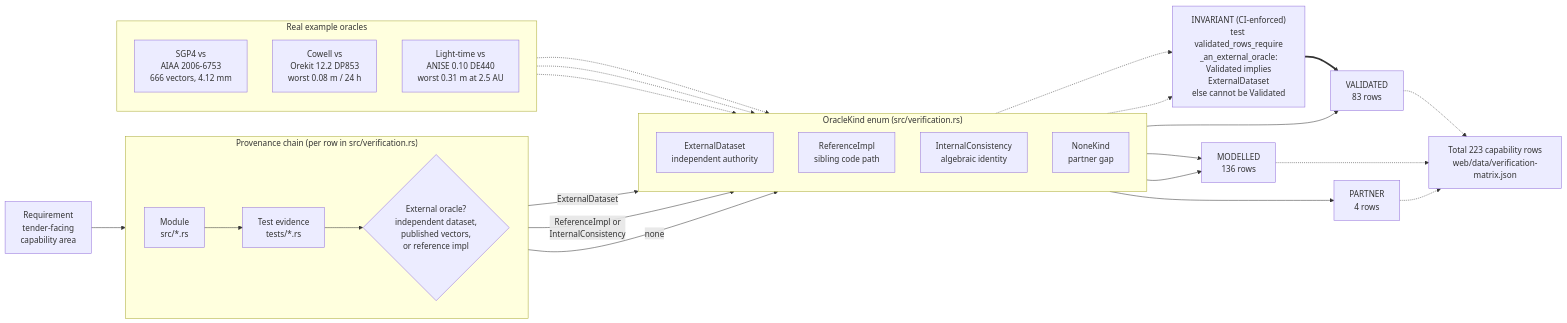
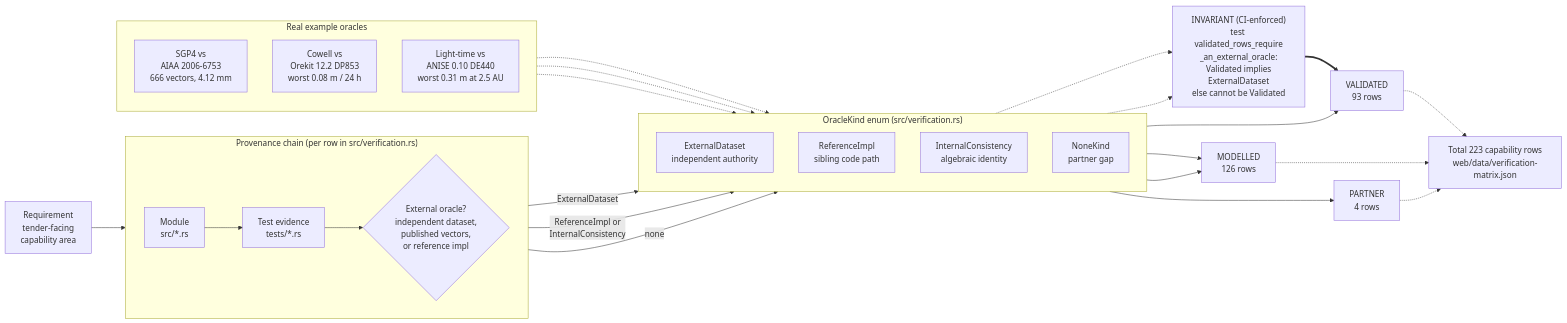
Before and after one commit to ashfordeOU/kshana: the diagram in docs/diagrams/validation-provenance.mmd, drawn with Mermaid. The commit also changed 32 other files, not shown here.

```diff
--- a/docs/diagrams/validation-provenance.mmd
+++ b/docs/diagrams/validation-provenance.mmd
@@ -1,49 +1,49 @@
 flowchart LR
     REQ["Requirement<br/>tender-facing<br/>capability area"]
 
     subgraph CHAIN["Provenance chain (per row in src/verification.rs)"]
         direction LR
         MOD["Module<br/>src/*.rs"]
         TST["Test evidence<br/>tests/*.rs"]
         ORA{"External oracle?<br/>independent dataset,<br/>published vectors,<br/>or reference impl"}
     end
 
     REQ --> MOD --> TST --> ORA
 
     subgraph KINDS["OracleKind enum (src/verification.rs)"]
         direction TD
         EXT["ExternalDataset<br/>independent authority"]
         REF["ReferenceImpl<br/>sibling code path"]
         INT["InternalConsistency<br/>algebraic identity"]
         NON["NoneKind<br/>partner gap"]
     end
 
     ORA -->|ExternalDataset| EXT
     ORA -->|"ReferenceImpl or<br/>InternalConsistency"| INT
     ORA -->|none| NON
 
     GUARD["INVARIANT (CI-enforced)<br/>test validated_rows_require<br/>_an_external_oracle:<br/>Validated implies<br/>ExternalDataset<br/>else cannot be Validated"]
     EXT -.-> GUARD
     INT -.-> GUARD
 
-    EXT --> VAL["VALIDATED<br/>83 rows"]
-    REF --> MDL["MODELLED<br/>136 rows"]
+    EXT --> VAL["VALIDATED<br/>93 rows"]
+    REF --> MDL["MODELLED<br/>126 rows"]
     INT --> MDL
     NON --> PRT["PARTNER<br/>4 rows"]
     GUARD ==> VAL
 
     subgraph EX["Real example oracles"]
         direction TD
         E1["SGP4 vs<br/>AIAA 2006-6753<br/>666 vectors, 4.12 mm"]
         E2["Cowell vs<br/>Orekit 12.2 DP853<br/>worst 0.08 m / 24 h"]
         E3["Light-time vs<br/>ANISE 0.10 DE440<br/>worst 0.31 m at 2.5 AU"]
     end
 
     E1 -.-> EXT
     E2 -.-> EXT
     E3 -.-> EXT
 
     TOTAL["Total 223 capability rows<br/>web/data/verification-matrix.json"]
     VAL -.-> TOTAL
     MDL -.-> TOTAL
     PRT -.-> TOTAL
```
